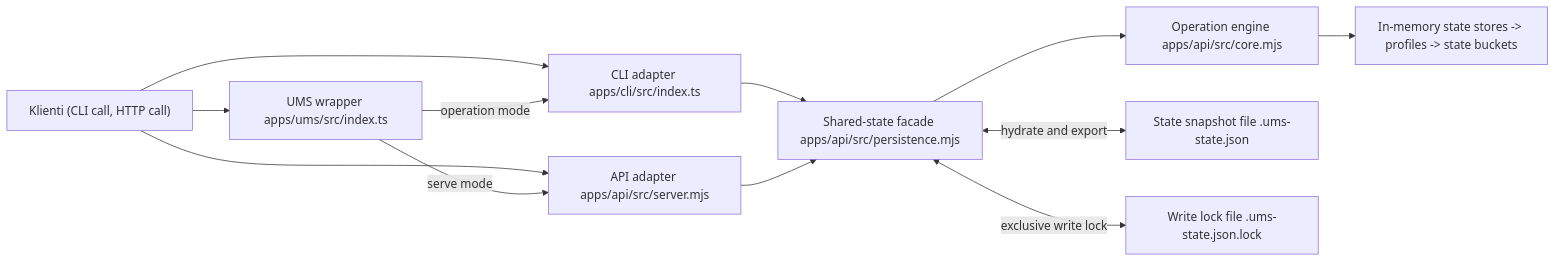
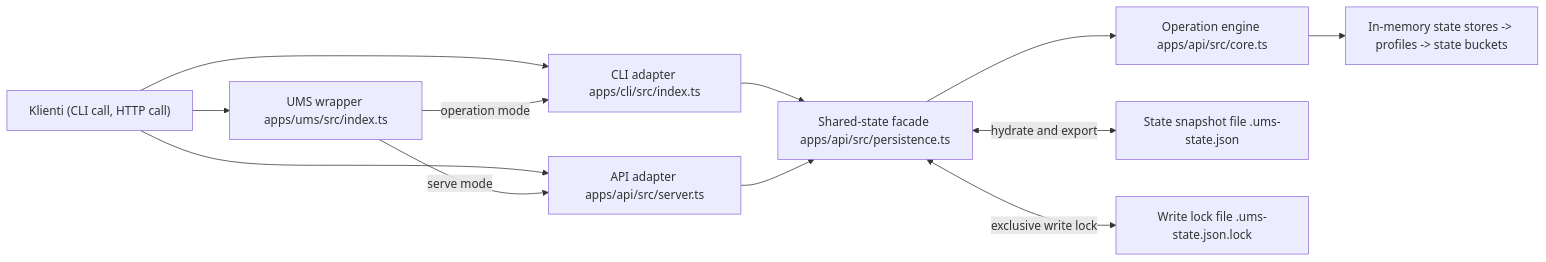
Before and after one commit to BleedingDev/ums-memory: the second of 4 diagrams in docs/system-diagram.md, drawn with Mermaid. The commit also changed other lines of this file and 17 other files, not shown here.

````diff
--- a/docs/system-diagram.md
+++ b/docs/system-diagram.md
@@ -29,26 +29,26 @@
 ```mermaid
 flowchart LR
   C1["Klienti (CLI call, HTTP call)"]
   C2["UMS wrapper apps/ums/src/index.ts"]
   C3["CLI adapter apps/cli/src/index.ts"]
-  C4["API adapter apps/api/src/server.mjs"]
-  C5["Shared-state facade apps/api/src/persistence.mjs"]
-  C6["Operation engine apps/api/src/core.mjs"]
+  C4["API adapter apps/api/src/server.ts"]
+  C5["Shared-state facade apps/api/src/persistence.ts"]
+  C6["Operation engine apps/api/src/core.ts"]
   C7["In-memory state stores -> profiles -> state buckets"]
   C8["State snapshot file .ums-state.json"]
   C9["Write lock file .ums-state.json.lock"]
 
   C1 --> C2
   C1 --> C3
   C1 --> C4
 
   C2 -->|operation mode| C3
   C2 -->|serve mode| C4
 
   C3 --> C5
   C4 --> C5
   C5 --> C6
   C6 --> C7
   C5 <-->|hydrate and export| C8
   C5 <-->|exclusive write lock| C9
 ```
````
